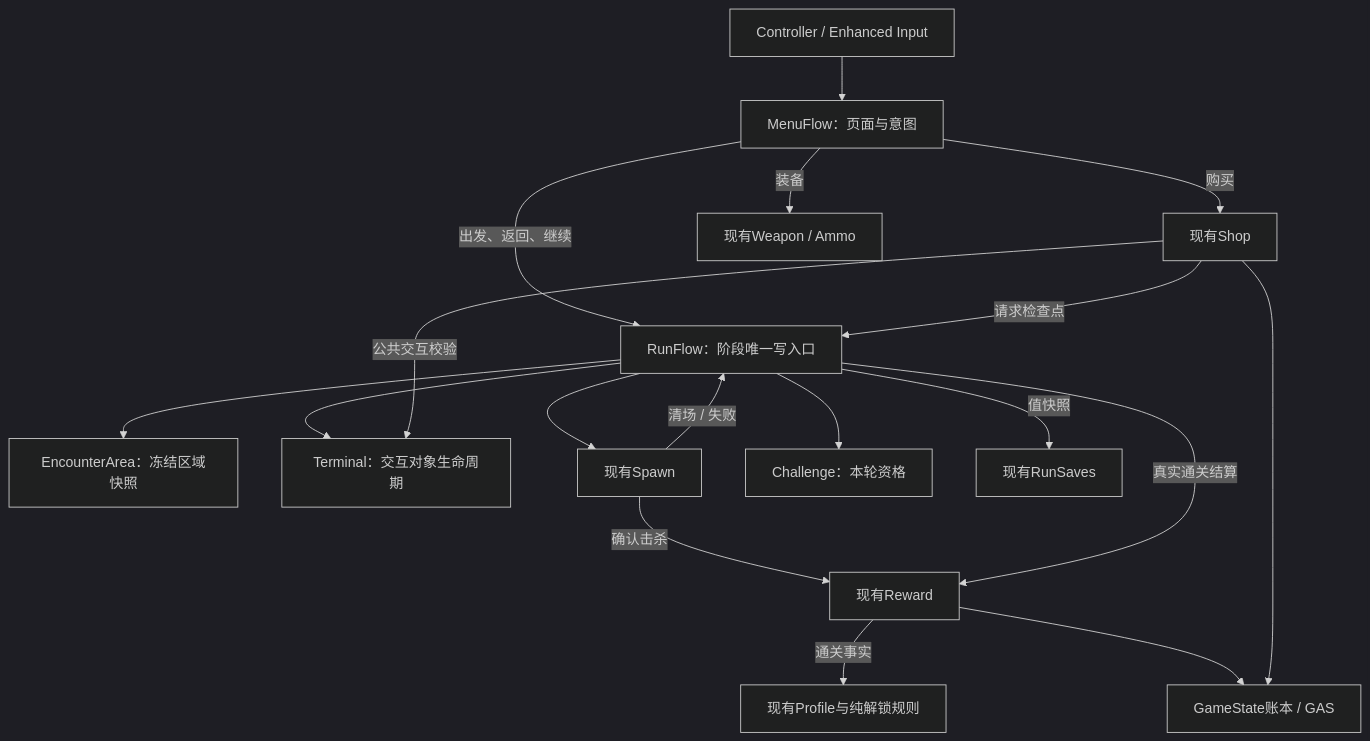
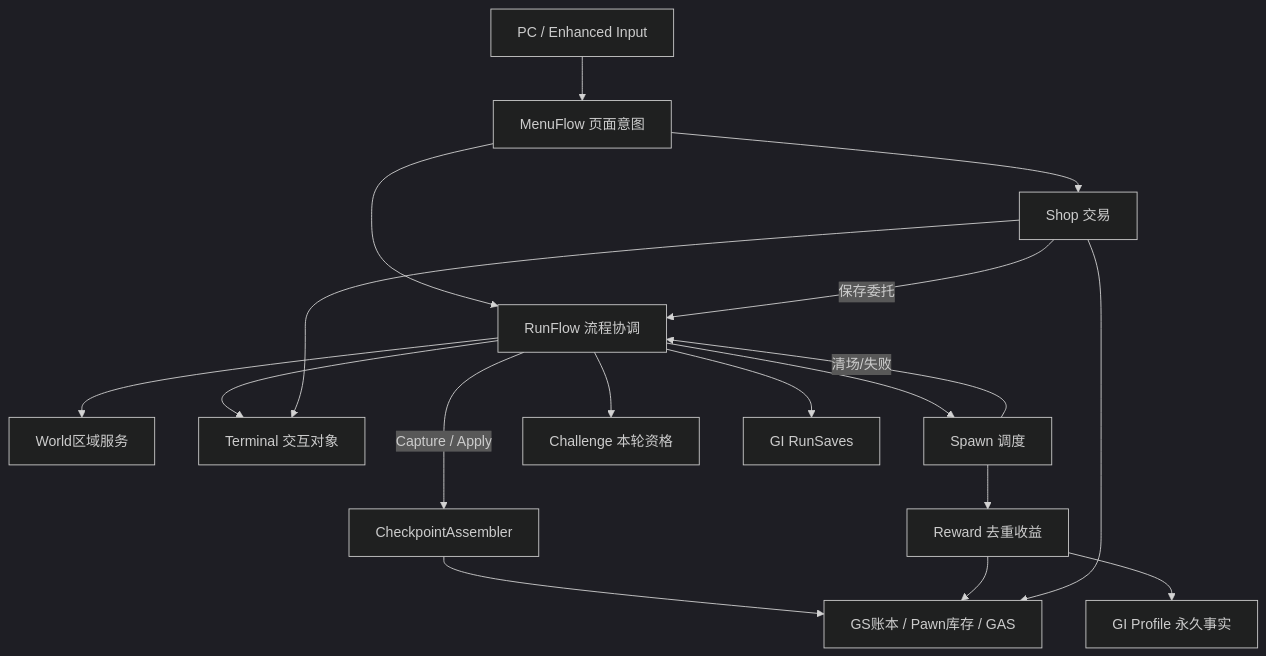
One commit to hachisamurai/FPSDemo changed the second of 2 diagrams in Documentation/系统组件与职责划分.md. Above: the diagram before and after it, drawn with Mermaid (dark theme). The commit also changed other lines of this file and 319 other files, not shown here.

````diff
--- a/Documentation/系统组件与职责划分.md
+++ b/Documentation/系统组件与职责划分.md
@@ -249,20 +107,20 @@
 ```mermaid
 flowchart TD
-  Input[Controller / Enhanced Input] --> UI[MenuFlow：页面与意图]
-  UI -->|出发、返回、继续| Flow[RunFlow：阶段唯一写入口]
-  UI -->|购买| Shop[现有Shop]
-  UI -->|装备| Weapon[现有Weapon / Ammo]
-  Flow --> Area[EncounterArea：冻结区域快照]
-  Flow --> Terminal[Terminal：交互对象生命周期]
-  Shop -->|公共交互校验| Terminal
-  Flow --> Spawn[现有Spawn]
-  Spawn -->|确认击杀| Reward[现有Reward]
-  Spawn -->|清场 / 失败| Flow
-  Flow --> Challenge[Challenge：本轮资格]
-  Flow -->|真实通关结算| Reward
-  Reward -->|通关事实| Profile[现有Profile与纯解锁规则]
-  Flow -->|值快照| Saves[现有RunSaves]
-  Shop -->|请求检查点| Flow
-  Reward --> GS[GameState账本 / GAS]
-  Shop --> GS
+  Input[PC / Enhanced Input] --> Menu[MenuFlow 页面意图]
+  Menu --> Flow[RunFlow 流程协调]
+  Menu --> Shop[Shop 交易]
+  Flow --> Area[World区域服务]
+  Flow --> Terminal[Terminal 交互对象]
+  Shop --> Terminal
+  Flow --> Spawn[Spawn 调度]
+  Spawn --> Reward[Reward 去重收益]
+  Spawn -->|清场/失败| Flow
+  Flow --> Challenge[Challenge 本轮资格]
+  Flow -->|Capture / Apply| Assembler[CheckpointAssembler]
+  Assembler --> State[GS账本 / Pawn库存 / GAS]
+  Flow --> Saves[GI RunSaves]
+  Shop -->|保存委托| Flow
+  Reward --> State
+  Shop --> State
+  Reward --> Profile[GI Profile 永久事实]
 ```
````
